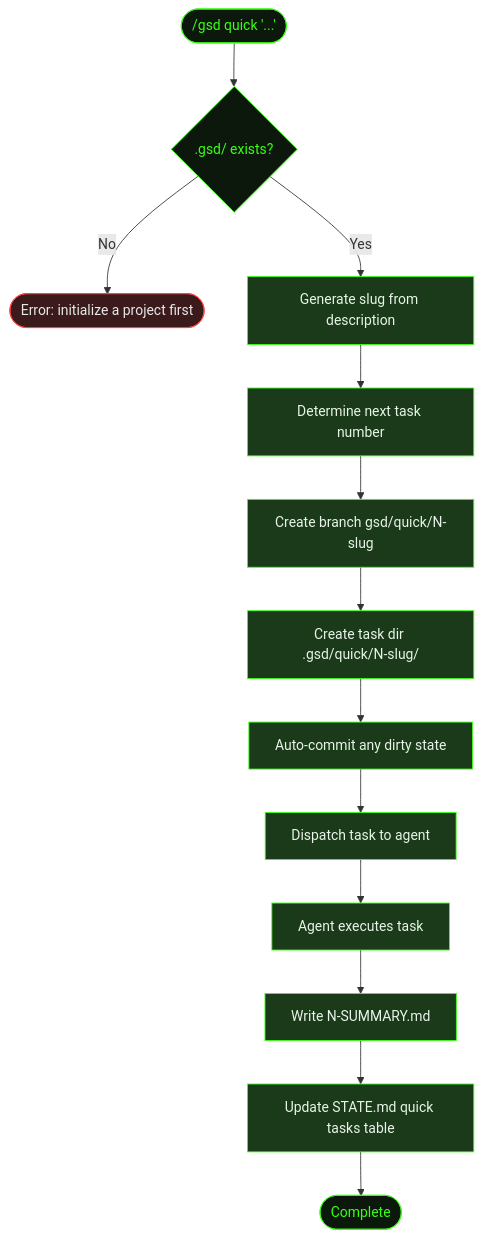
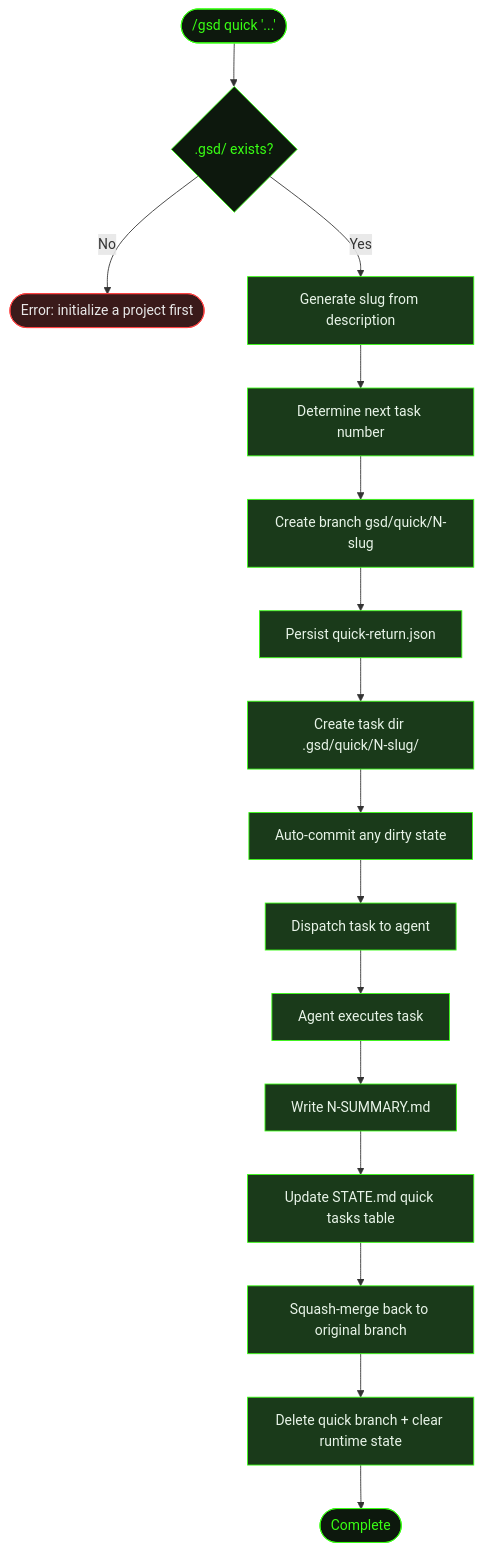
One commit to shusha-group/gsd2-guide changed the diagram in src/content/docs/commands/quick.mdx. Above: the diagram before and after it, drawn with Mermaid. The commit also changed other lines of this file and 79 other files, not shown here.

````diff
--- a/src/content/docs/commands/quick.mdx
+++ b/src/content/docs/commands/quick.mdx
@@ -32,29 +32,35 @@
 ```mermaid
 flowchart TD
     Start(["/gsd quick '...'"]) --> Validate{.gsd/ exists?}
     Validate -->|No| Fail([Error: initialize a project first])
     Validate -->|Yes| Slug[Generate slug from description]
     Slug --> Num[Determine next task number]
     Num --> Branch[Create branch gsd/quick/N-slug]
-    Branch --> Dir[Create task dir .gsd/quick/N-slug/]
+    Branch --> Persist[Persist quick-return.json]
+    Persist --> Dir[Create task dir .gsd/quick/N-slug/]
     Dir --> Commit[Auto-commit any dirty state]
     Commit --> Dispatch[Dispatch task to agent]
     Dispatch --> Execute[Agent executes task]
     Execute --> Summary[Write N-SUMMARY.md]
     Summary --> StateUpdate[Update STATE.md quick tasks table]
-    StateUpdate --> Done([Complete])
+    StateUpdate --> Squash[Squash-merge back to original branch]
+    Squash --> Cleanup[Delete quick branch + clear runtime state]
+    Cleanup --> Done([Complete])
 
     style Start fill:#0d180d,stroke:#39ff14,color:#39ff14
     style Validate fill:#0d180d,stroke:#39ff14,color:#39ff14
     style Fail fill:#3a1a1a,stroke:#ff4444,color:#e8e8e8
     style Slug fill:#1a3a1a,stroke:#39ff14,color:#e8f4e8
     style Num fill:#1a3a1a,stroke:#39ff14,color:#e8f4e8
     style Branch fill:#1a3a1a,stroke:#39ff14,color:#e8f4e8
+    style Persist fill:#1a3a1a,stroke:#39ff14,color:#e8f4e8
     style Dir fill:#1a3a1a,stroke:#39ff14,color:#e8f4e8
     style Commit fill:#1a3a1a,stroke:#39ff14,color:#e8f4e8
     style Dispatch fill:#1a3a1a,stroke:#39ff14,color:#e8f4e8
     style Execute fill:#1a3a1a,stroke:#39ff14,color:#e8f4e8
     style Summary fill:#1a3a1a,stroke:#39ff14,color:#e8f4e8
     style StateUpdate fill:#1a3a1a,stroke:#39ff14,color:#e8f4e8
+    style Squash fill:#1a3a1a,stroke:#39ff14,color:#e8f4e8
+    style Cleanup fill:#1a3a1a,stroke:#39ff14,color:#e8f4e8
     style Done fill:#0d180d,stroke:#39ff14,color:#39ff14
 ```
````
